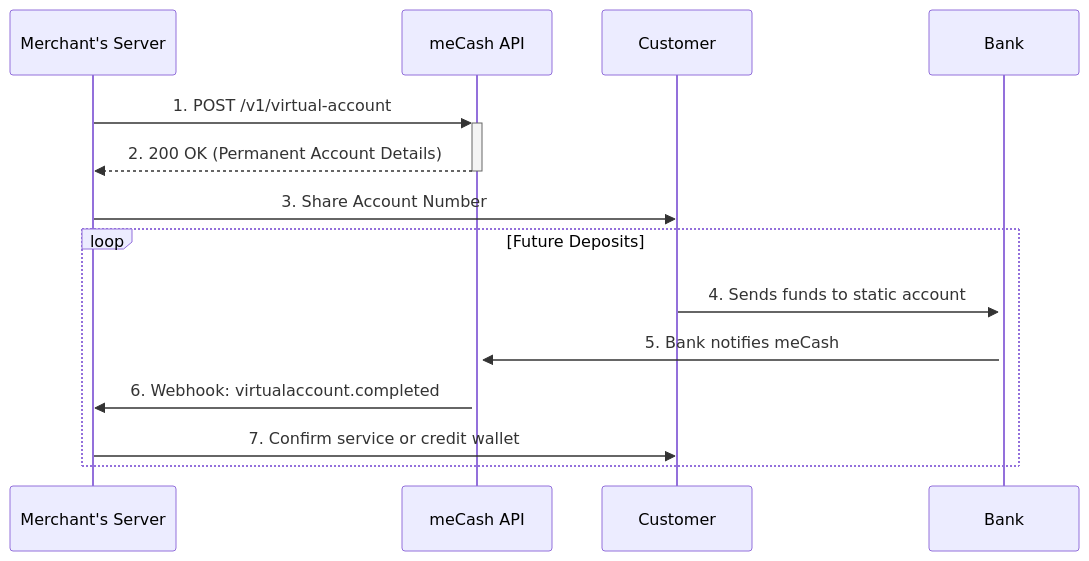
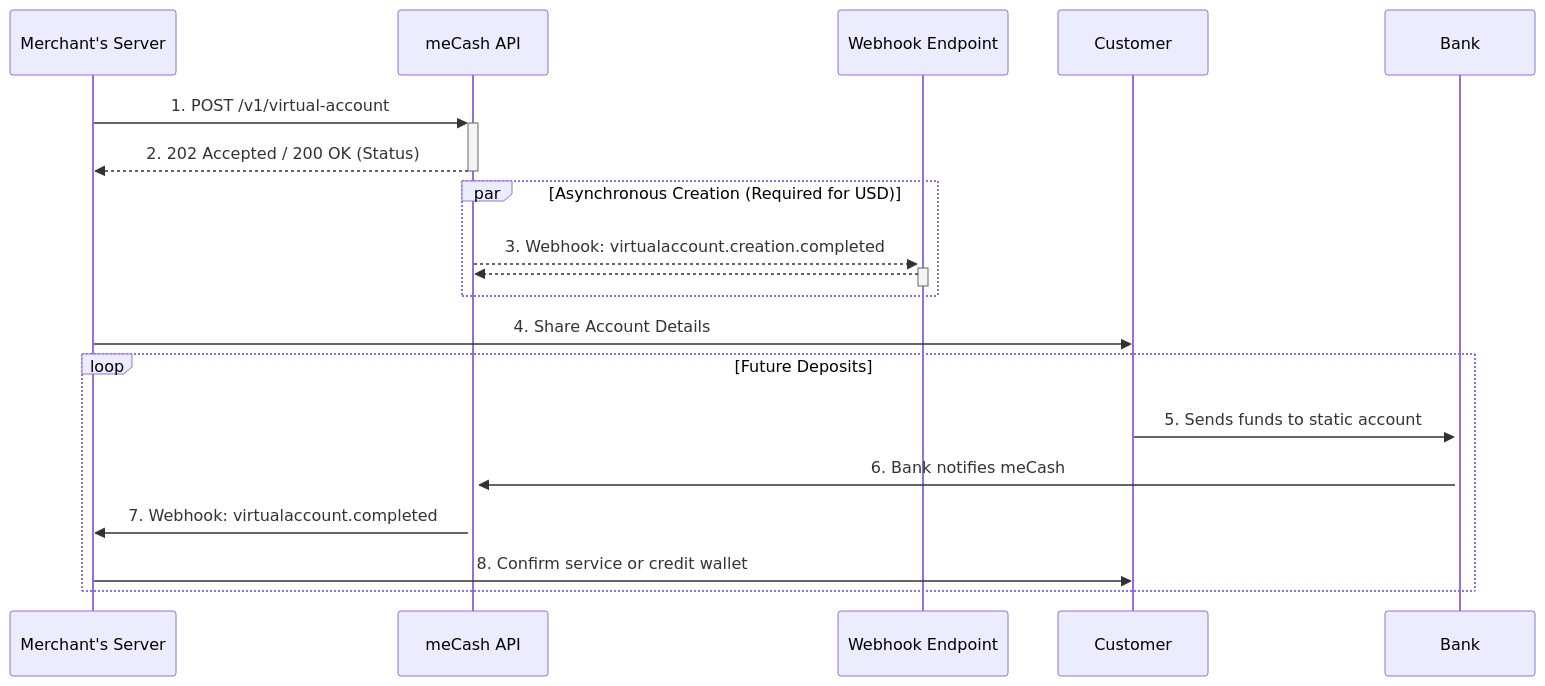
The diagram in virtual-accounts-docs/static-virtual-account.mdx (Ejiro-mecash/docs), drawn with Mermaid before and after one commit. The commit also changed other lines of this file and 15 other files, not shown here.

````diff
--- a/virtual-accounts-docs/static-virtual-account.mdx
+++ b/virtual-accounts-docs/static-virtual-account.mdx
@@ -22,17 +22,24 @@
 ```mermaid
 sequenceDiagram
     participant M as Merchant's Server
     participant A as meCash API
+    participant W as Webhook Endpoint
     participant C as Customer
     participant B as Bank
 
     M->>+A: 1. POST /v1/virtual-account
-    A-->>-M: 2. 200 OK (Permanent Account Details)
-    M->>C: 3. Share Account Number
+    A-->>-M: 2. 202 Accepted / 200 OK (Status)
+    
+    par Asynchronous Creation (Required for USD)
+        A-->>+W: 3. Webhook: virtualaccount.creation.completed
+        W-->>-A: 
+    end
+
+    M->>C: 4. Share Account Details
     loop Future Deposits
-        C->>+B: 4. Sends funds to static account
-        B->>+A: 5. Bank notifies meCash
-        A->>M: 6. Webhook: virtualaccount.completed
-        M->>C: 7. Confirm service or credit wallet
+        C->>+B: 5. Sends funds to static account
+        B->>+A: 6. Bank notifies meCash
+        A->>M: 7. Webhook: virtualaccount.completed
+        M->>C: 8. Confirm service or credit wallet
     end
 ```
````
